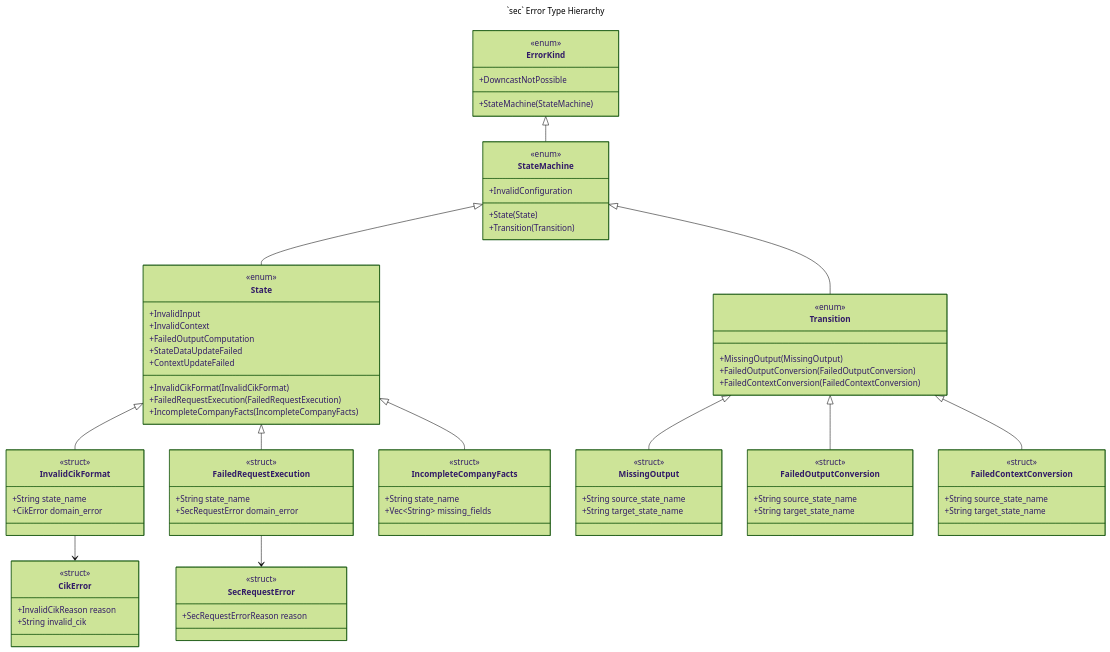
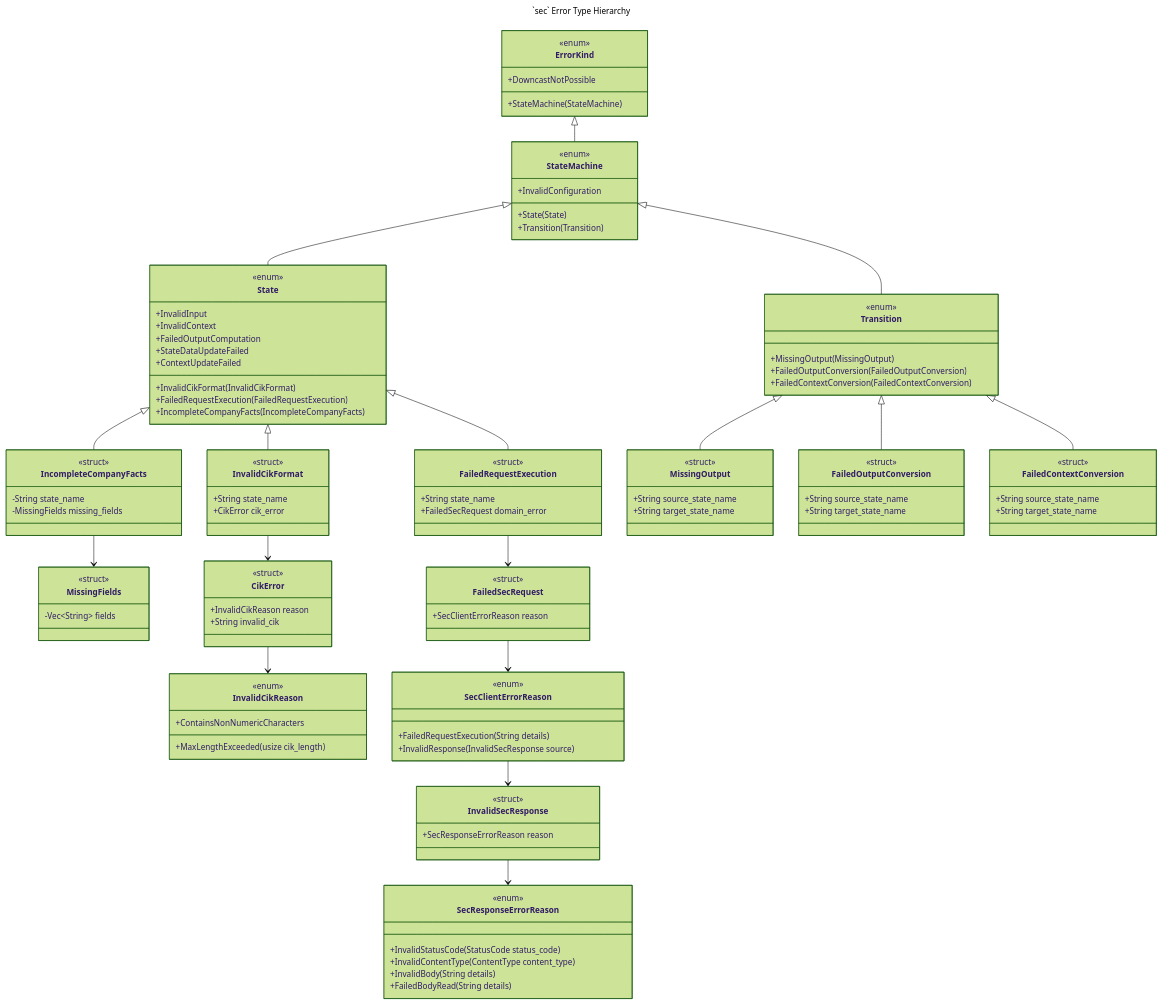
One commit to ironcapitaleu/arkad changed the diagram in sec/design/uml_class_diagram/sec_error_handling.md. Above: the diagram before and after it, drawn with Mermaid (forest theme). The commit also changed 3 other files, not shown here.

Commit message:
doc: update all mermaid diagrams to reflect current changes

````diff
--- a/sec/design/uml_class_diagram/sec_error_handling.md
+++ b/sec/design/uml_class_diagram/sec_error_handling.md
@@ -13,9 +13,9 @@
     class StateMachine{
         <<enum>>
         %% Errors during state machine execution
+        +InvalidConfiguration
         +State(State)
         +Transition(Transition)
-        +InvalidConfiguration
     }
 
     class State {
@@ -43,21 +43,27 @@
         <<struct>>
         %% State-level wrapper for CIK validation errors
         +String state_name
-        +CikError domain_error
+        +CikError cik_error
     }
 
     class FailedRequestExecution{
         <<struct>>
         %% State-level wrapper for request execution errors
         +String state_name
-        +SecRequestError domain_error
+        +FailedSecRequest domain_error
     }
 
     class IncompleteCompanyFacts{
         <<struct>>
         %% State-level error for missing XBRL concepts
-        +String state_name
-        +Vec~String~ missing_fields
+        -String state_name
+        -MissingFields missing_fields
+    }
+
+    class MissingFields{
+        <<struct>>
+        %% Newtype over the canonical names of the missing concepts
+        -Vec~String~ fields
     }
 
     class MissingOutput{
@@ -88,10 +94,39 @@
         +String invalid_cik
     }
 
-    class SecRequestError{
+    class InvalidCikReason{
+        <<enum>>
+        %% Why a string failed CIK validation
+        +MaxLengthExceeded(usize cik_length)
+        +ContainsNonNumericCharacters
+    }
+
+    class FailedSecRequest{
         <<struct>>
         %% Domain error for SEC request execution
-        +SecRequestErrorReason reason
+        +SecClientErrorReason reason
+    }
+
+    class SecClientErrorReason{
+        <<enum>>
+        %% `sec_client::error::ErrorReason`, renamed here for diagram uniqueness
+        +FailedRequestExecution(String details)
+        +InvalidResponse(InvalidSecResponse source)
+    }
+
+    class InvalidSecResponse{
+        <<struct>>
+        %% Domain error for a response that failed SEC validation
+        +SecResponseErrorReason reason
+    }
+
+    class SecResponseErrorReason{
+        <<enum>>
+        %% `sec_response::error::ErrorReason`, renamed here for diagram uniqueness
+        +InvalidStatusCode(StatusCode status_code)
+        +InvalidContentType(ContentType content_type)
+        +InvalidBody(String details)
+        +FailedBodyRead(String details)
     }
 
     %% Error hierarchy relationships
@@ -111,5 +146,10 @@
 
     %% State wrappers contain domain errors
     InvalidCikFormat --> CikError
-    FailedRequestExecution --> SecRequestError
+    CikError --> InvalidCikReason
+    IncompleteCompanyFacts --> MissingFields
+    FailedRequestExecution --> FailedSecRequest
+    FailedSecRequest --> SecClientErrorReason
+    SecClientErrorReason --> InvalidSecResponse
+    InvalidSecResponse --> SecResponseErrorReason
 ```
````
